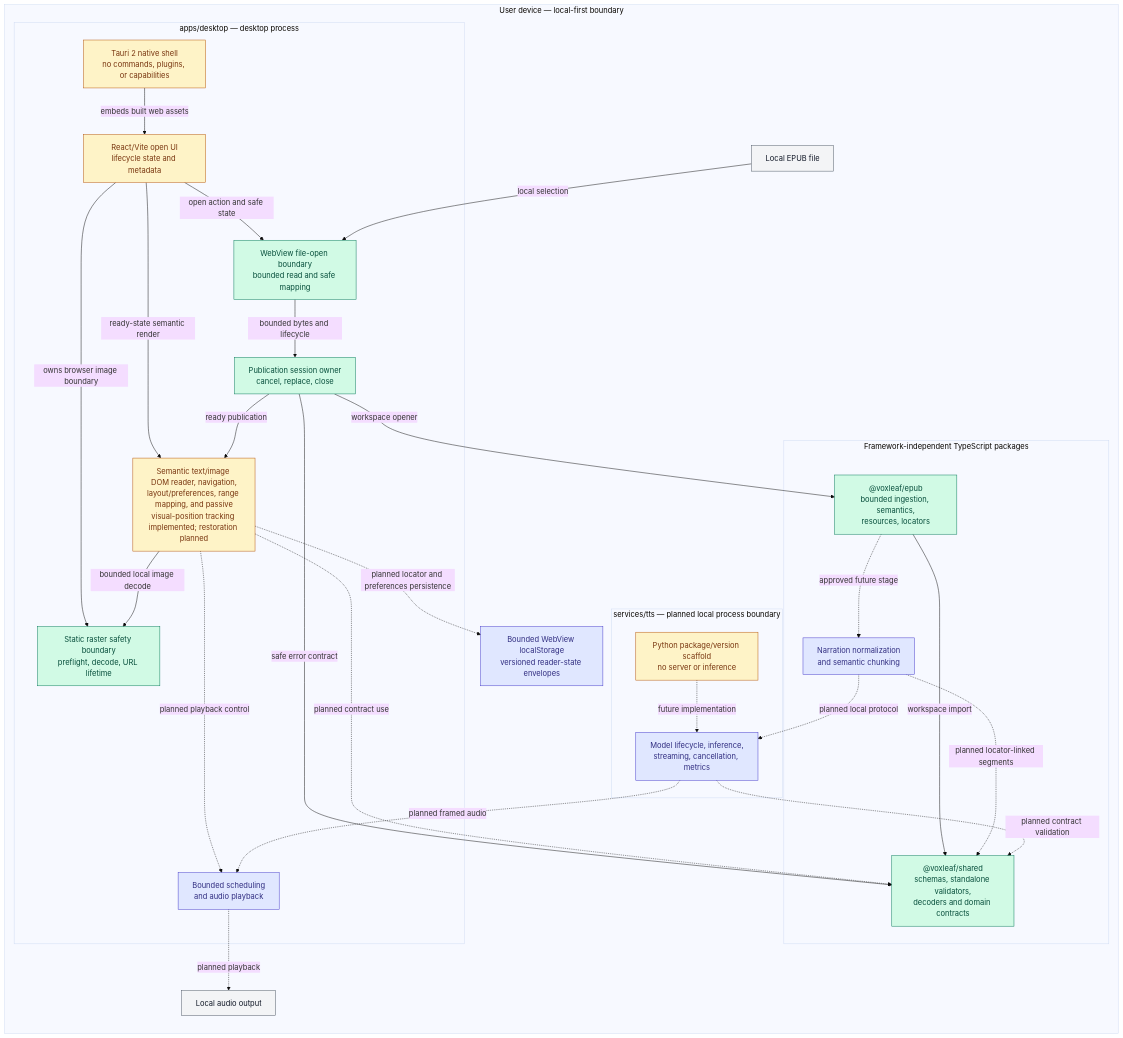
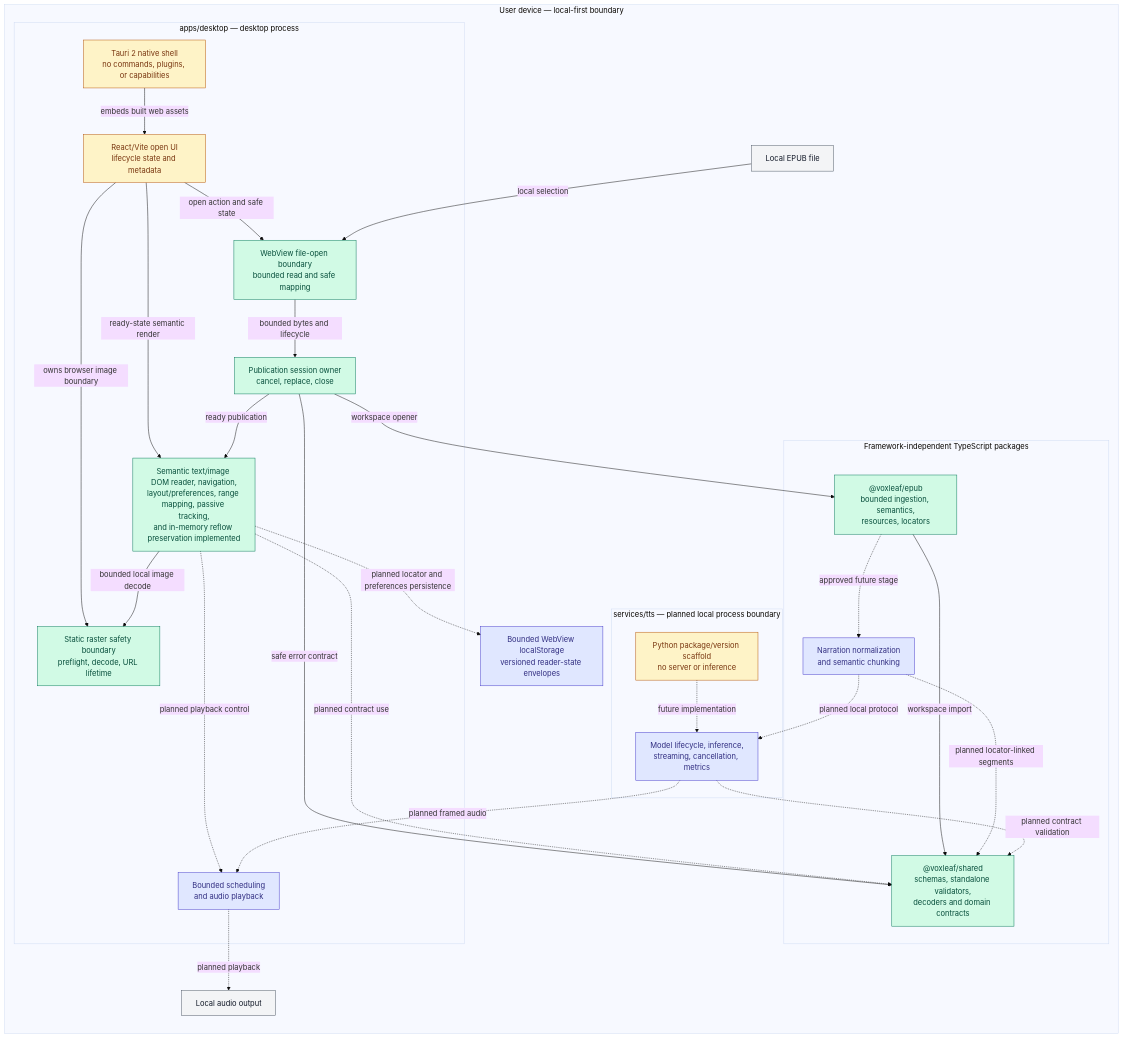
One commit to mmjosedaniel/voxleaf changed the first of 2 diagrams in docs/architecture/system-diagram.md. Above: the diagram before and after it, drawn with Mermaid (base theme). The commit also changed other lines of this file and 11 other files, not shown here.

Commit message:
Preserve reader position across reflow (#65)

````diff
--- a/docs/architecture/system-diagram.md
+++ b/docs/architecture/system-diagram.md
@@ -24,56 +24,56 @@
 ```mermaid
 flowchart LR
   classDef implemented fill:#d1fae5,stroke:#047857,color:#064e3b
   classDef partial fill:#fef3c7,stroke:#b45309,color:#78350f
   classDef planned fill:#e0e7ff,stroke:#4338ca,color:#312e81
   classDef external fill:#f3f4f6,stroke:#4b5563,color:#111827
 
   subgraph device["User device — local-first boundary"]
     epubFile["Local EPUB file"]:::external
     audioDevice["Local audio output"]:::external
     readingStore["Bounded WebView localStorage<br/>versioned reader-state envelopes"]:::planned
 
     subgraph desktop["apps/desktop — desktop process"]
       nativeShell["Tauri 2 native shell<br/>no commands, plugins, or capabilities"]:::partial
       webShell["React/Vite open UI<br/>lifecycle state and metadata"]:::partial
       fileBoundary["WebView file-open boundary<br/>bounded read and safe mapping"]:::implemented
       rasterBoundary["Static raster safety boundary<br/>preflight, decode, URL lifetime"]:::implemented
       publicationSession["Publication session owner<br/>cancel, replace, close"]:::implemented
-      reader["Semantic text/image DOM reader, navigation,<br/>layout/preferences, range mapping, and passive<br/>visual-position tracking implemented; restoration planned"]:::partial
+      reader["Semantic text/image DOM reader, navigation,<br/>layout/preferences, range mapping, passive tracking,<br/>and in-memory reflow preservation implemented"]:::implemented
       player["Bounded scheduling<br/>and audio playback"]:::planned
       nativeShell -->|embeds built web assets| webShell
       webShell -->|open action and safe state| fileBoundary
       webShell -->|owns browser image boundary| rasterBoundary
       webShell -->|ready-state semantic render| reader
       fileBoundary -->|bounded bytes and lifecycle| publicationSession
       publicationSession -->|ready publication| reader
       reader -->|bounded local image decode| rasterBoundary
       reader -. planned playback control .-> player
     end
 
     subgraph libraries["Framework-independent TypeScript packages"]
       shared["@voxleaf/shared<br/>schemas, standalone validators,<br/>decoders and domain contracts"]:::implemented
       epub["@voxleaf/epub<br/>bounded ingestion, semantics,<br/>resources, locators"]:::implemented
       narration["Narration normalization<br/>and semantic chunking"]:::planned
       epub -->|workspace import| shared
       epub -. approved future stage .-> narration
     end
 
     subgraph tts["services/tts — planned local process boundary"]
       ttsFoundation["Python package/version scaffold<br/>no server or inference"]:::partial
       ttsRuntime["Model lifecycle, inference,<br/>streaming, cancellation, metrics"]:::planned
       ttsFoundation -. future implementation .-> ttsRuntime
     end
   end
 
   epubFile -->|local selection| fileBoundary
   publicationSession -->|workspace opener| epub
   publicationSession -->|safe error contract| shared
   reader -. planned contract use .-> shared
   reader -. planned locator and preferences persistence .-> readingStore
   narration -. planned locator-linked segments .-> shared
   narration -. planned local protocol .-> ttsRuntime
   ttsRuntime -. planned contract validation .-> shared
   ttsRuntime -. planned framed audio .-> player
   player -. planned playback .-> audioDevice
 ```
````
